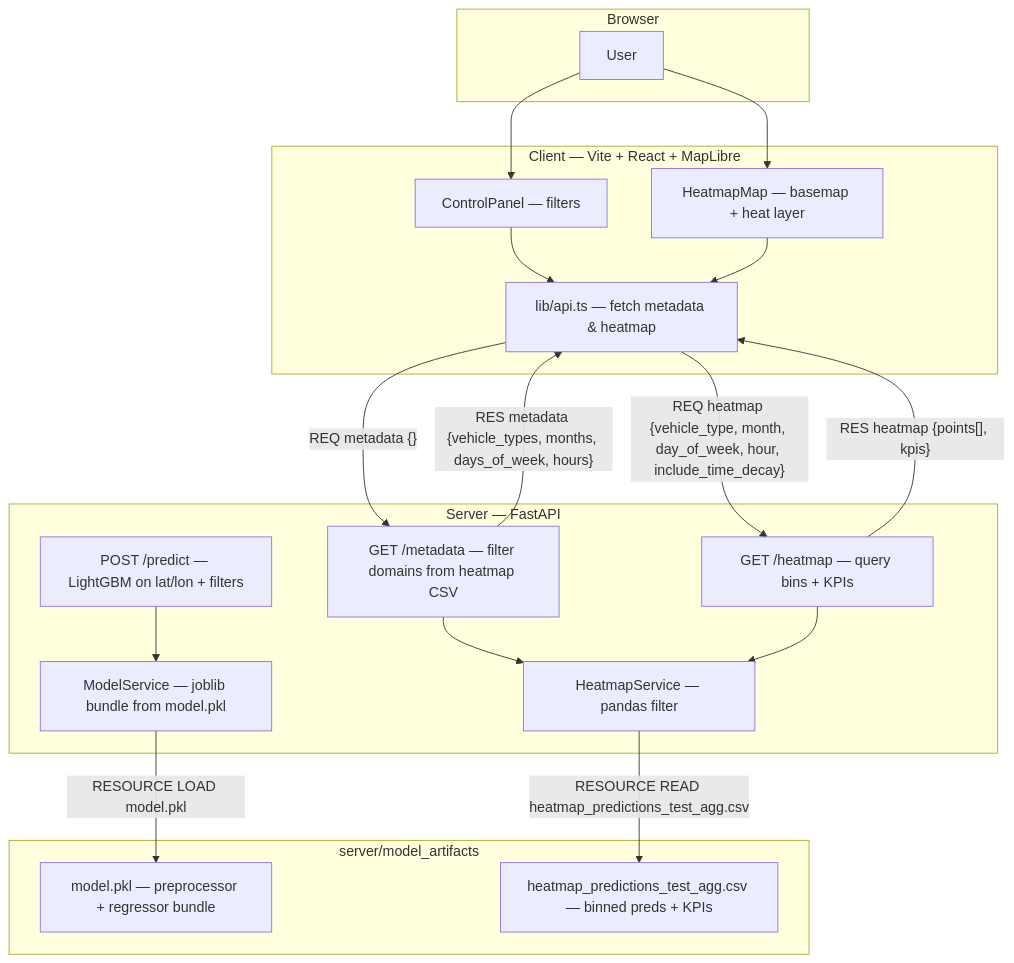
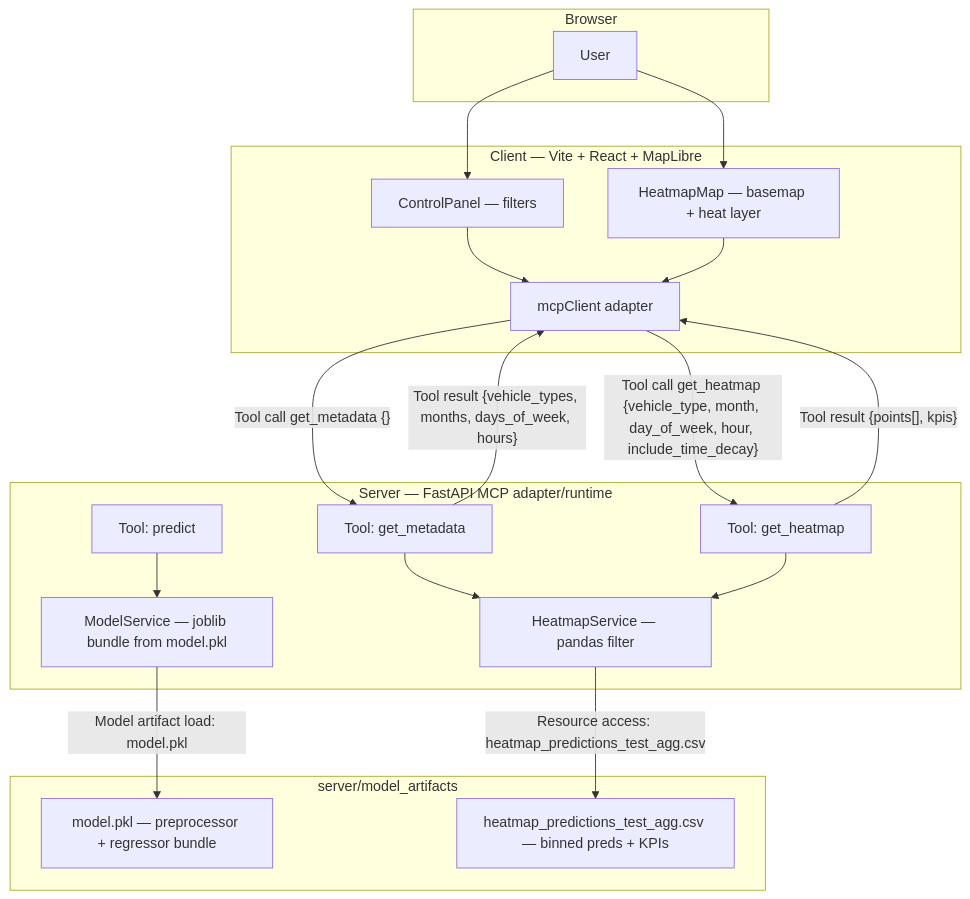
The first of 3 diagrams in README.md (rosadigital/centennialCollege_AICapstoneProject), drawn with Mermaid before and after one commit. The commit also changed other lines of this file, not shown here.

First line of the commit message:
docs: relabel diagrams to hybrid MCP semantics

````diff
--- a/README.md
+++ b/README.md
@@ -21,39 +21,39 @@
 ```mermaid
 flowchart TB
     subgraph Browser
         U[User]
     end
 
     subgraph Client["Client — Vite + React + MapLibre"]
         CP[ControlPanel — filters]
         HM[HeatmapMap — basemap + heat layer]
-        APIc[lib/api.ts — fetch metadata & heatmap]
+        APIc[mcpClient adapter]
         CP --> APIc
         HM --> APIc
     end
 
-    subgraph Server["Server — FastAPI"]
-        R1["GET /metadata — filter domains from heatmap CSV"]
-        R2["GET /heatmap — query bins + KPIs"]
-        R3["POST /predict — LightGBM on lat/lon + filters"]
+    subgraph Server["Server — FastAPI MCP adapter/runtime"]
+        R1["Tool: get_metadata"]
+        R2["Tool: get_heatmap"]
+        R3["Tool: predict"]
         HS[HeatmapService — pandas filter]
         MS[ModelService — joblib bundle from model.pkl]
         R1 --> HS
         R2 --> HS
         R3 --> MS
     end
 
     subgraph Artifacts["server/model_artifacts"]
         PKL["model.pkl — preprocessor + regressor bundle"]
         CSV["heatmap_predictions_test_agg.csv — binned preds + KPIs"]
     end
 
     U --> CP
     U --> HM
-    APIc -->|"REQ metadata {}"| R1
-    R1 -->|"RES metadata {vehicle_types, months, days_of_week, hours}"| APIc
-    APIc -->|"REQ heatmap {vehicle_type, month, day_of_week, hour, include_time_decay}"| R2
-    R2 -->|"RES heatmap {points[], kpis}"| APIc
-    HS -->|"RESOURCE READ heatmap_predictions_test_agg.csv"| CSV
-    MS -->|"RESOURCE LOAD model.pkl"| PKL
+    APIc -->|"Tool call get_metadata {}"| R1
+    R1 -->|"Tool result {vehicle_types, months, days_of_week, hours}"| APIc
+    APIc -->|"Tool call get_heatmap {vehicle_type, month, day_of_week, hour, include_time_decay}"| R2
+    R2 -->|"Tool result {points[], kpis}"| APIc
+    HS -->|"Resource access: heatmap_predictions_test_agg.csv"| CSV
+    MS -->|"Model artifact load: model.pkl"| PKL
 ```
````
